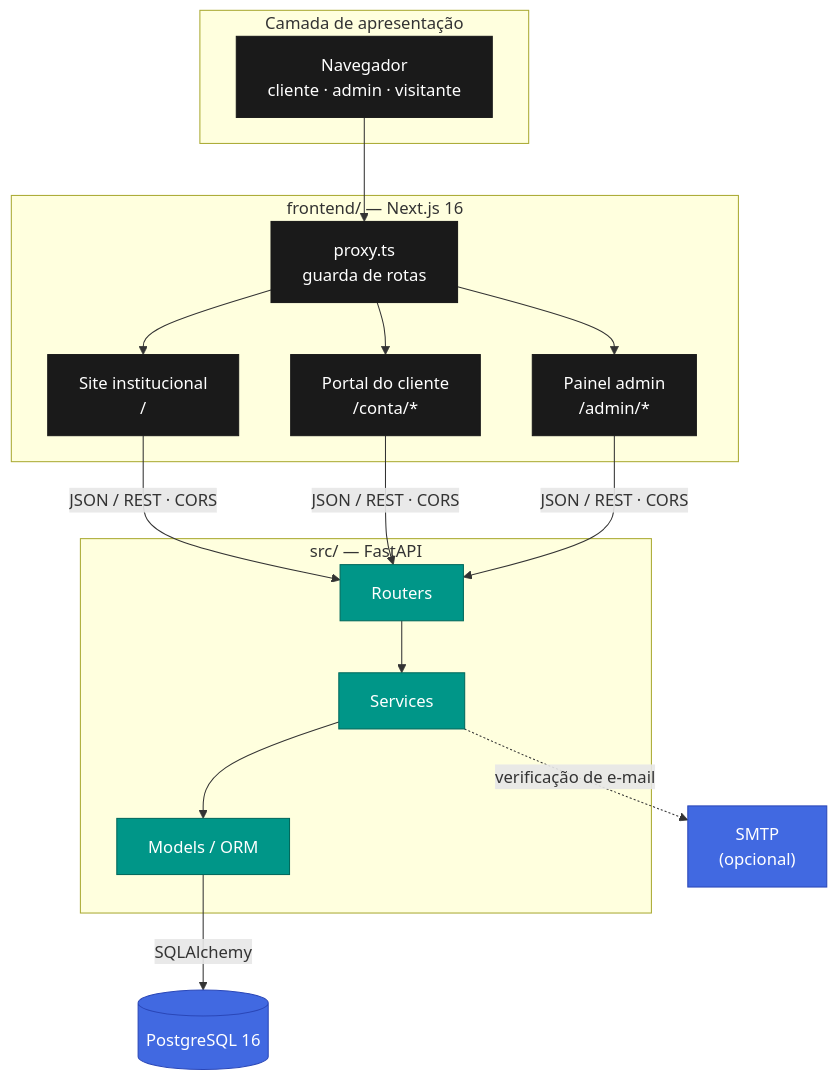
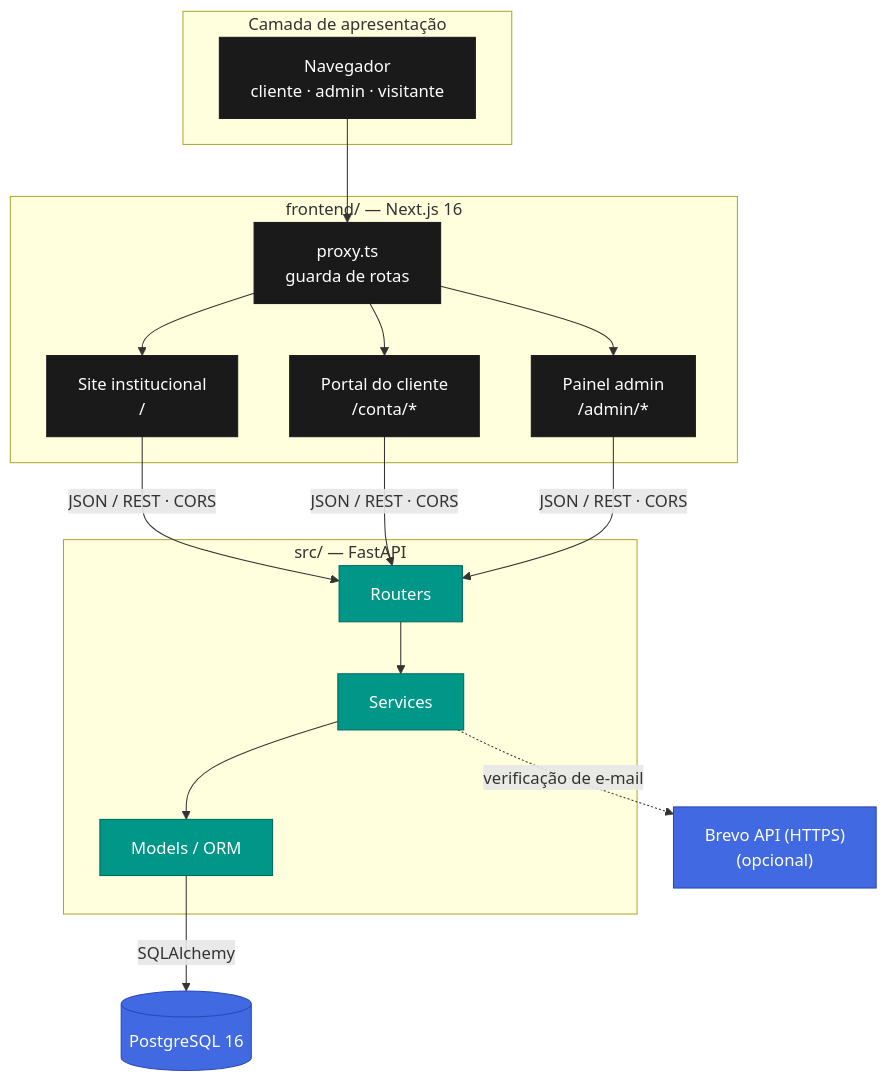
One commit to jgabrielflores/marcenaria-api changed the first of 7 diagrams in docs/arquitetura.md. Above: the diagram before and after it, drawn with Mermaid. The commit also changed other lines of this file and 7 other files, not shown here.

First line of the commit message:
docs: align documentation with Railway/Brevo/Git-Flow reality

````diff
--- a/docs/arquitetura.md
+++ b/docs/arquitetura.md
@@ -21,37 +21,37 @@
 ```mermaid
 flowchart TD
     subgraph cliente["Camada de apresentação"]
         Browser["Navegador<br/>cliente · admin · visitante"]
     end
 
     subgraph web["frontend/ — Next.js 16"]
         Landing["Site institucional<br/>/"]
         Portal["Portal do cliente<br/>/conta/*"]
         Admin["Painel admin<br/>/admin/*"]
         Proxy["proxy.ts<br/>guarda de rotas"]
     end
 
     subgraph api["src/ — FastAPI"]
         Routers["Routers"]
         Services["Services"]
         Models["Models / ORM"]
     end
 
     DB[("PostgreSQL 16")]
-    SMTP["SMTP<br/>(opcional)"]
+    Email["Brevo API (HTTPS)<br/>(opcional)"]
 
     Browser --> Proxy
     Proxy --> Landing & Portal & Admin
     Landing & Portal & Admin -->|"JSON / REST · CORS"| Routers
     Routers --> Services
     Services --> Models
     Models -->|SQLAlchemy| DB
-    Services -.->|verificação de e-mail| SMTP
+    Services -.->|verificação de e-mail| Email
 
     classDef edge fill:#1a1a1a,stroke:#1a1a1a,color:#fff
     classDef core fill:#009688,stroke:#00695c,color:#fff
     classDef store fill:#4169E1,stroke:#2a47b8,color:#fff
     class Browser,Landing,Portal,Admin,Proxy edge
     class Routers,Services,Models core
-    class DB,SMTP store
+    class DB,Email store
 ```
````
